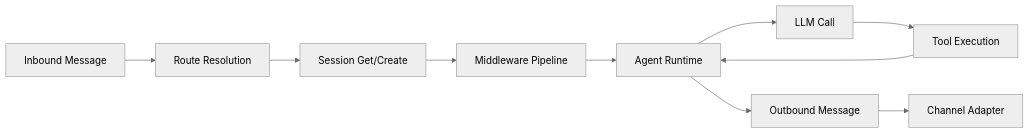
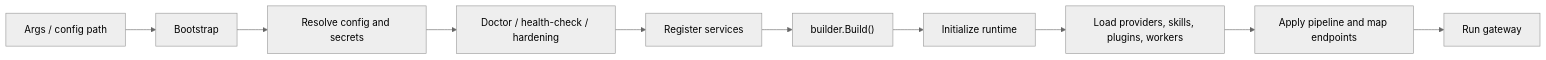
One commit to clawdotnet/openclaw.net changed the third of 3 diagrams in README.md. Above: the diagram before and after it, drawn with Mermaid (neutral theme). The commit also changed other lines of this file and 3 other files, not shown here.

Commit message:
Improve onboarding architecture docs

````diff
--- a/README.md
+++ b/README.md
@@ -273,12 +299,12 @@
 ```mermaid
-graph LR
-    Inbound["Inbound Message"] --> Route["Route Resolution"]
-    Route --> Session["Session Get/Create"]
-    Session --> Middleware["Middleware Pipeline"]
-    Middleware --> Agent["Agent Runtime"]
-    Agent --> LLM["LLM Call"]
-    LLM --> Tools["Tool Execution"]
-    Tools --> Agent
-    Agent --> Outbound["Outbound Message"]
-    Outbound --> Channel["Channel Adapter"]
+flowchart LR
+    Args["Args / config path"] --> Bootstrap["Bootstrap"]
+    Bootstrap --> Config["Resolve config and secrets"]
+    Config --> Checks["Doctor / health-check / hardening"]
+    Checks --> Services["Register services"]
+    Services --> Build["builder.Build()"]
+    Build --> Runtime["Initialize runtime"]
+    Runtime --> Load["Load providers, skills, plugins, workers"]
+    Load --> Map["Apply pipeline and map endpoints"]
+    Map --> Run["Run gateway"]
 ```
````
